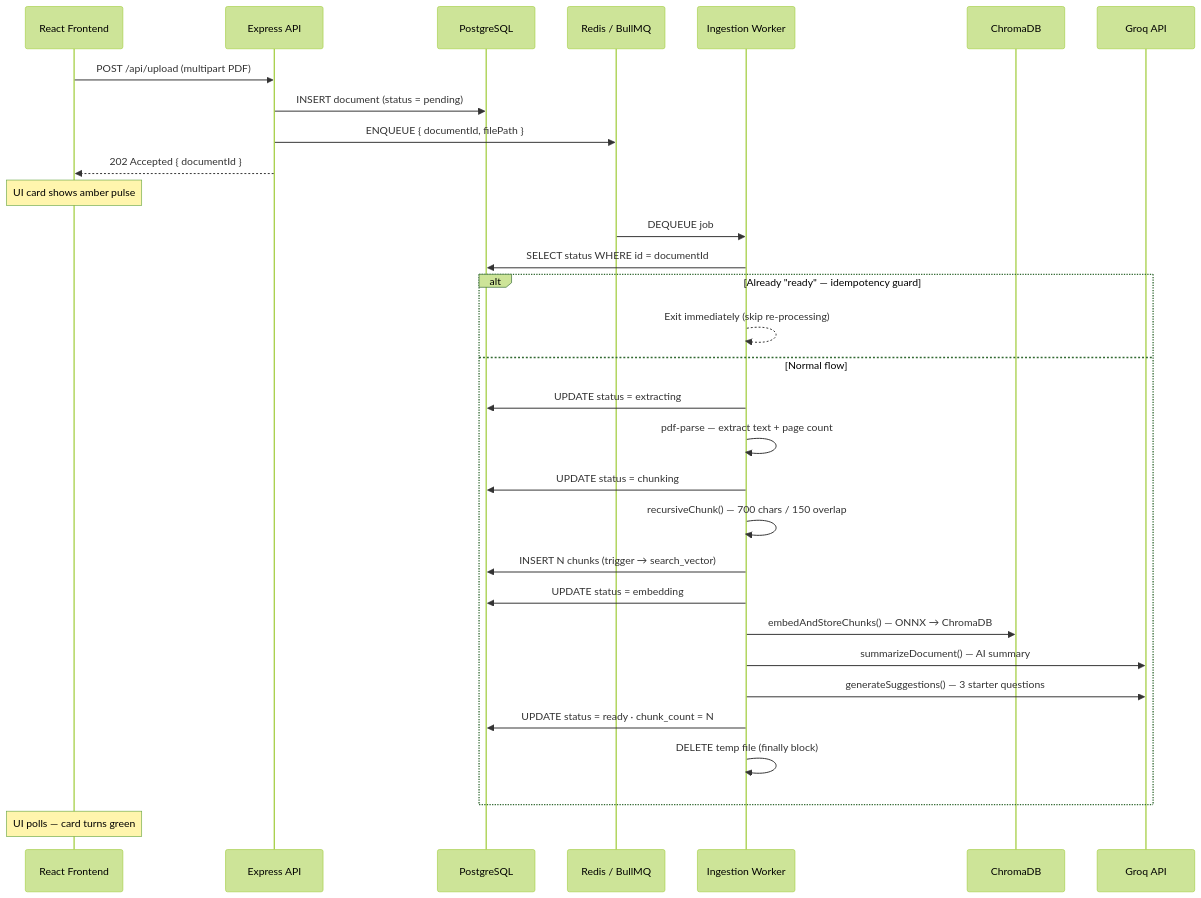
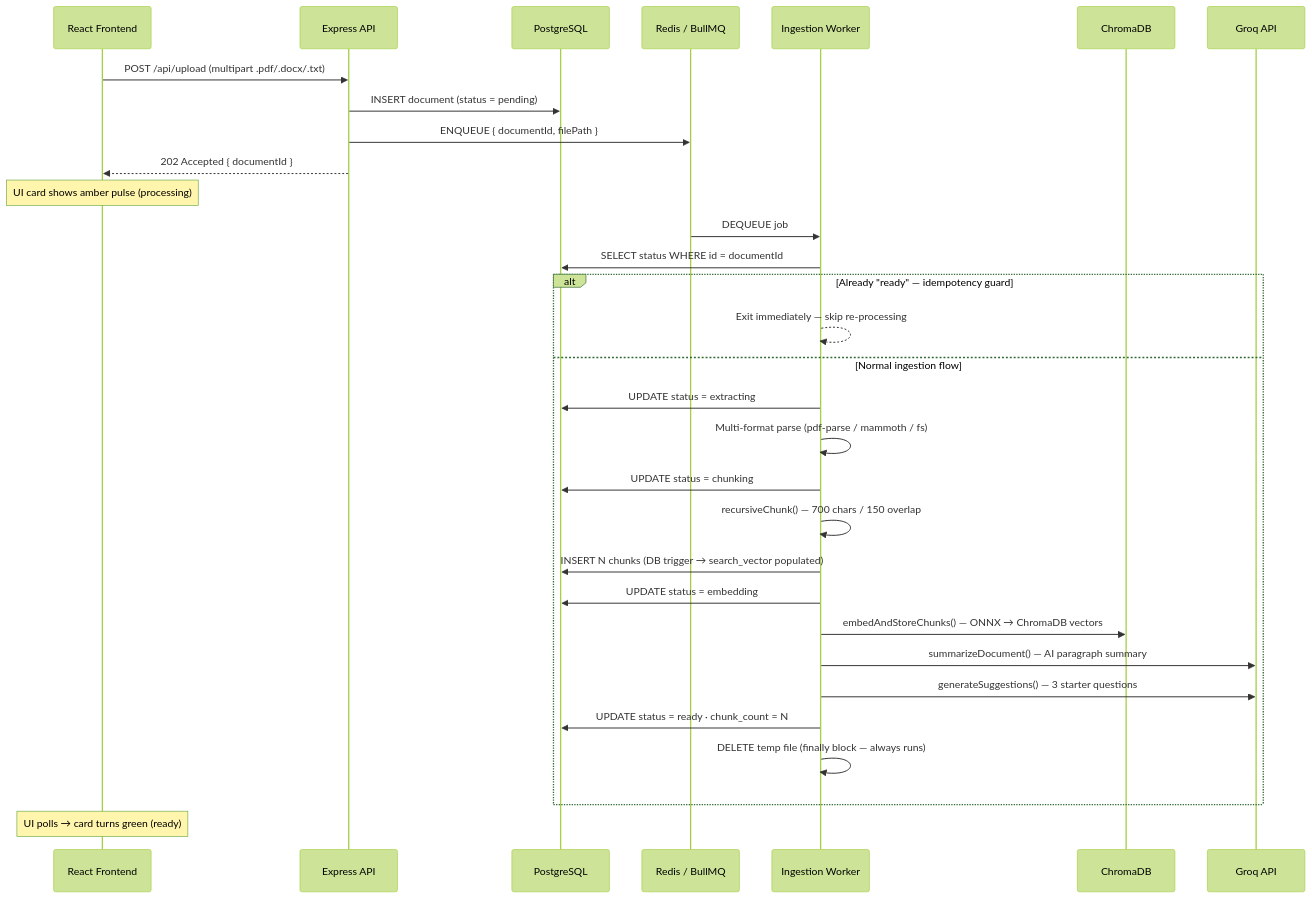
The third of 6 diagrams in README.md (rajakumar123-commit/nexasense-ai-assistant), drawn with Mermaid (forest theme) before and after one commit. The commit also changed other lines of this file, not shown here.

````diff
--- a/README.md
+++ b/README.md
@@ -299,35 +324,35 @@
 ```mermaid
 sequenceDiagram
     participant C  as React Frontend
     participant A  as Express API
     participant PG as PostgreSQL
     participant R  as Redis / BullMQ
     participant W  as Ingestion Worker
     participant DB as ChromaDB
     participant G  as Groq API
 
-    C->>A: POST /api/upload (multipart PDF)
+    C->>A: POST /api/upload (multipart .pdf/.docx/.txt)
     A->>PG: INSERT document (status = pending)
     A->>R:  ENQUEUE { documentId, filePath }
     A-->>C: 202 Accepted { documentId }
-    Note over C: UI card shows amber pulse
+    Note over C: UI card shows amber pulse (processing)
 
     R->>W: DEQUEUE job
     W->>PG: SELECT status WHERE id = documentId
     alt Already "ready" — idempotency guard
-        W-->>W: Exit immediately (skip re-processing)
-    else Normal flow
+        W-->>W: Exit immediately — skip re-processing
+    else Normal ingestion flow
         W->>PG: UPDATE status = extracting
-        W->>W:  pdf-parse — extract text + page count
+        W->>W:  Multi-format parse (pdf-parse / mammoth / fs)
         W->>PG: UPDATE status = chunking
         W->>W:  recursiveChunk() — 700 chars / 150 overlap
-        W->>PG: INSERT N chunks (trigger → search_vector)
+        W->>PG: INSERT N chunks (DB trigger → search_vector populated)
         W->>PG: UPDATE status = embedding
-        W->>DB: embedAndStoreChunks() — ONNX → ChromaDB
-        W->>G:  summarizeDocument() — AI summary
+        W->>DB: embedAndStoreChunks() — ONNX → ChromaDB vectors
+        W->>G:  summarizeDocument() — AI paragraph summary
         W->>G:  generateSuggestions() — 3 starter questions
         W->>PG: UPDATE status = ready · chunk_count = N
-        W->>W:  DELETE temp file (finally block)
+        W->>W:  DELETE temp file (finally block — always runs)
     end
-    Note over C: UI polls — card turns green
+    Note over C: UI polls → card turns green (ready)
 ```
````
